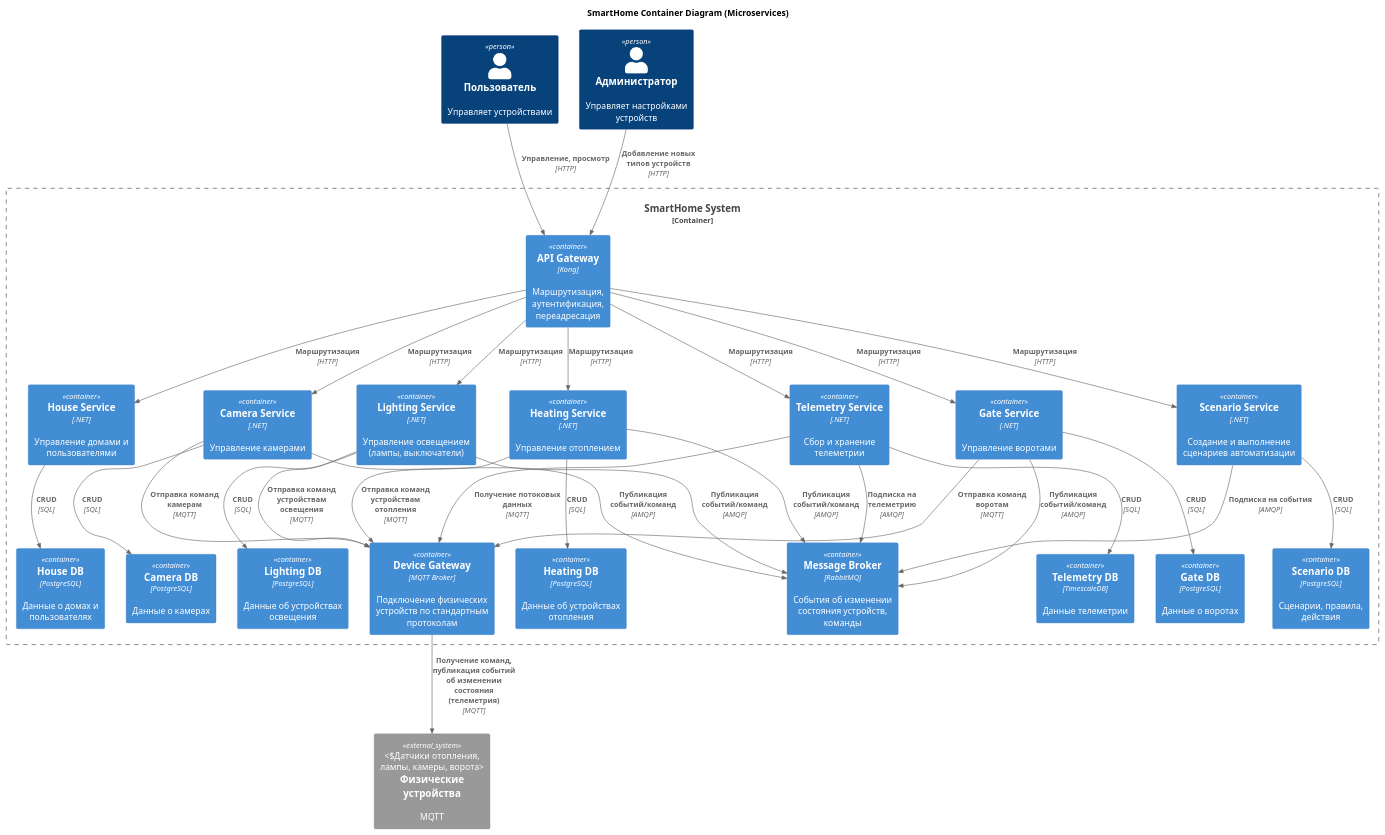
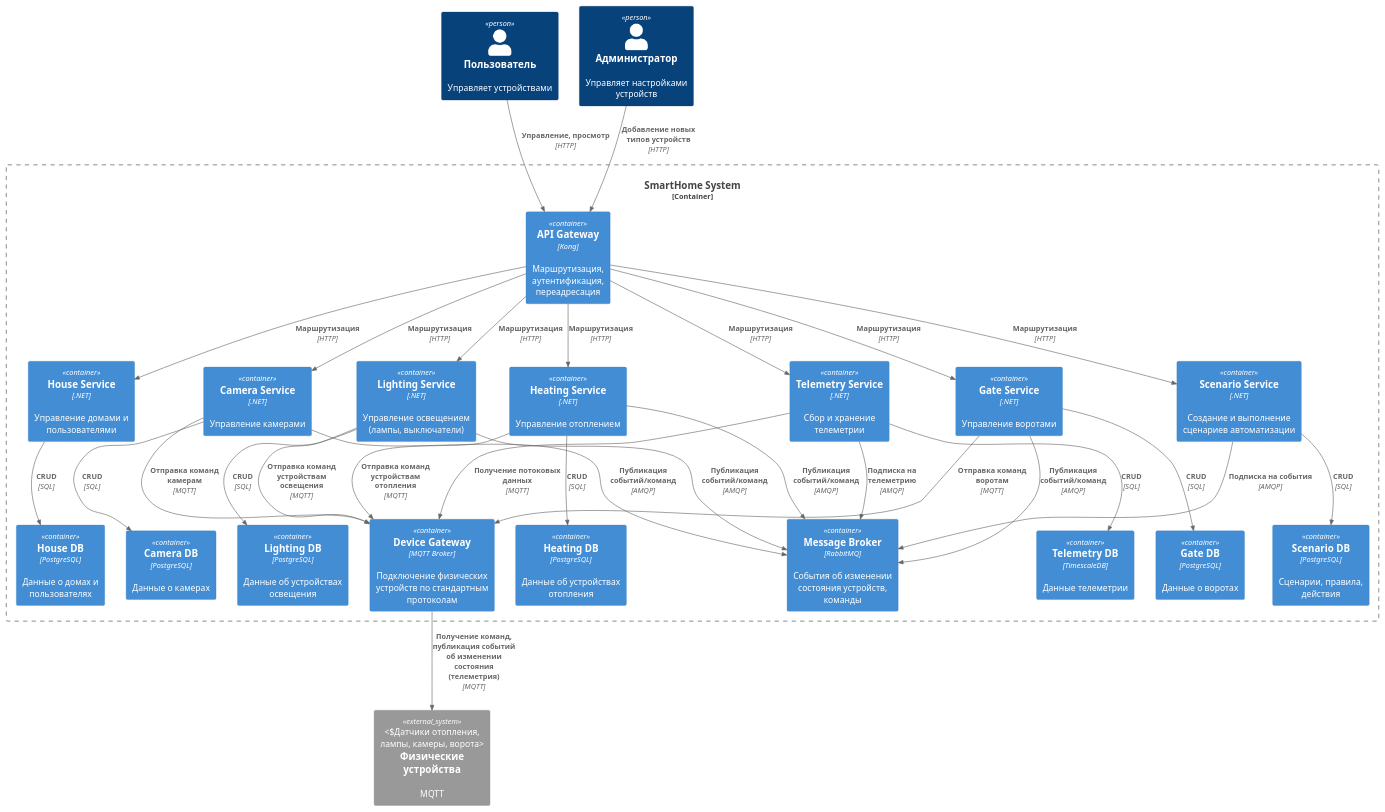
The diagram in smart_home_arch_docs/docs/architecture/smartHome_container.md (aakaltenberg/Yandex-Practicum-architecture-pro-warmhouse), drawn with PlantUML before and after one commit. The commit also changed 3 other files, not shown here.

Commit message:
warmhouse: solution of tasks 2.2, added heating_service_component diagram

````diff
--- a/smart_home_arch_docs/docs/architecture/smartHome_container.md
+++ b/smart_home_arch_docs/docs/architecture/smartHome_container.md
@@ -1,70 +1,72 @@
 ```puml
-@startuml
-title SmartHome Container Diagram (Microservices)
+@startuml title SmartHome Container Diagram
+
+top to bottom direction
+
 !includeurl https://raw.githubusercontent.com/RicardoNiepel/C4-PlantUML/master/C4_Container.puml
 
 Person(user, "Пользователь", "Управляет устройствами")
 Person(admin, "Администратор", "Управляет настройками устройств")
 
 Container_Boundary(smarthome, "SmartHome System") {
     Container(api_gateway, "API Gateway", "Kong", "Маршрутизация, аутентификация, переадресация")
     
     Container(house_service, "House Service", ".NET", "Управление домами и пользователями")
     Container(heating_service, "Heating Service", ".NET", "Управление отоплением")
     Container(lighting_service, "Lighting Service", ".NET", "Управление освещением (лампы, выключатели)")
     Container(camera_service, "Camera Service", ".NET", "Управление камерами")
     Container(gate_service, "Gate Service", ".NET", "Управление воротами")
     Container(scenario_service, "Scenario Service", ".NET", "Создание и выполнение сценариев автоматизации")
     Container(telemetry_service, "Telemetry Service", ".NET", "Сбор и хранение телеметрии")
     
     Container(house_db, "House DB", "PostgreSQL", "Данные о домах и пользователях")
     Container(heating_db, "Heating DB", "PostgreSQL", "Данные об устройствах отопления")
     Container(lighting_db, "Lighting DB", "PostgreSQL", "Данные об устройствах освещения")
     Container(camera_db, "Camera DB", "PostgreSQL", "Данные о камерах")
     Container(gate_db, "Gate DB", "PostgreSQL", "Данные о воротах")
     Container(scenario_db, "Scenario DB", "PostgreSQL", "Сценарии, правила, действия")
     Container(telemetry_db, "Telemetry DB", "TimescaleDB", "Данные телеметрии")
     
     Container(message_broker, "Message Broker", "RabbitMQ", "События об изменении состояния устройств, команды")
     
     Container(device_gateway, "Device Gateway", "MQTT Broker", "Подключение физических устройств по стандартным протоколам")
 }
 
 System_Ext(physical_devices, "Физические устройства", "MQTT", "Датчики отопления, лампы, камеры, ворота")
 
 Rel(user, api_gateway, "Управление, просмотр", "HTTP")
 Rel(admin, api_gateway, "Добавление новых типов устройств", "HTTP")
 
 Rel(api_gateway, house_service, "Маршрутизация", "HTTP")
 Rel(api_gateway, heating_service, "Маршрутизация", "HTTP")
 Rel(api_gateway, lighting_service, "Маршрутизация", "HTTP")
 Rel(api_gateway, camera_service, "Маршрутизация", "HTTP")
 Rel(api_gateway, gate_service, "Маршрутизация", "HTTP")
 Rel(api_gateway, scenario_service, "Маршрутизация", "HTTP")
 Rel(api_gateway, telemetry_service, "Маршрутизация", "HTTP")
 
 Rel(house_service, house_db, "CRUD", "SQL")
 Rel(heating_service, heating_db, "CRUD", "SQL")
 Rel(lighting_service, lighting_db, "CRUD", "SQL")
 Rel(camera_service, camera_db, "CRUD", "SQL")
 Rel(gate_service, gate_db, "CRUD", "SQL")
 Rel(scenario_service, scenario_db, "CRUD", "SQL")
 Rel(telemetry_service, telemetry_db, "CRUD", "SQL")
 
 Rel(heating_service, message_broker, "Публикация событий/команд", "AMQP")
 Rel(lighting_service, message_broker, "Публикация событий/команд", "AMQP")
 Rel(camera_service, message_broker, "Публикация событий/команд", "AMQP")
 Rel(gate_service, message_broker, "Публикация событий/команд", "AMQP")
 Rel(telemetry_service, message_broker, "Подписка на телеметрию", "AMQP")
 Rel(scenario_service, message_broker, "Подписка на события", "AMQP")
 
 Rel(heating_service, device_gateway, "Отправка команд устройствам отопления", "MQTT")
 Rel(lighting_service, device_gateway, "Отправка команд устройствам освещения", "MQTT")
 Rel(camera_service, device_gateway, "Отправка команд камерам", "MQTT")
 Rel(gate_service, device_gateway, "Отправка команд воротам", "MQTT")
 Rel(telemetry_service, device_gateway, "Получение потоковых данных", "MQTT")
 
 Rel(device_gateway, physical_devices, "Получение команд, публикация событий об изменении состояния (телеметрия)", "MQTT")
 
 @enduml
 ```
````
